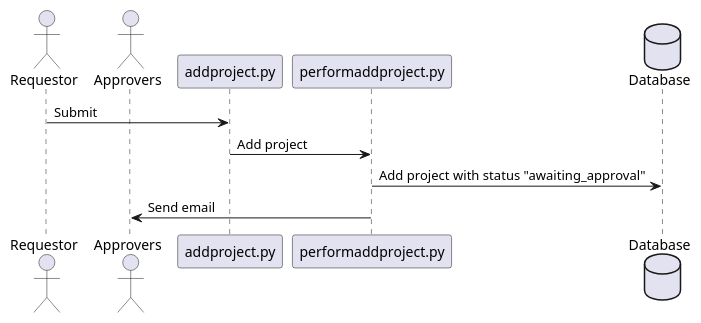
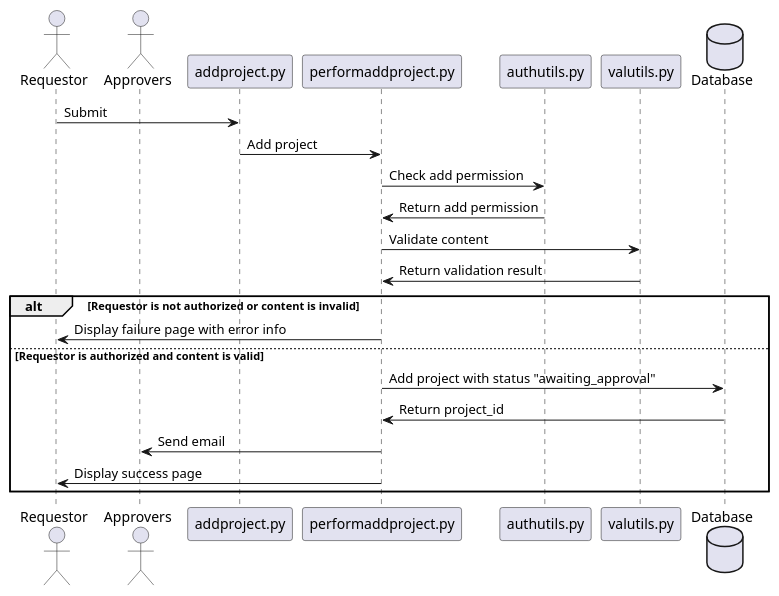
One commit to sipb/project-database changed the diagram in documentation/addproject.puml. Above: the diagram before and after it, drawn with PlantUML. The commit also changed 2 other files, not shown here.

Commit message:
Add more detail to sequence diagrams.

```diff
--- a/documentation/addproject.puml
+++ b/documentation/addproject.puml
@@ -1,12 +1,29 @@
 @startuml
 actor Requestor
 actor Approvers
 participant addproject.py
 participant performaddproject.py
+participant authutils.py
+participant valutils.py
 database Database
 
 Requestor -> addproject.py : Submit
 addproject.py -> performaddproject.py : Add project
-performaddproject.py -> Database : Add project with status "awaiting_approval"
-performaddproject.py -> Approvers : Send email
+performaddproject.py -> authutils.py : Check add permission
+authutils.py -> performaddproject.py : Return add permission
+performaddproject.py -> valutils.py : Validate content
+valutils.py -> performaddproject.py : Return validation result
+
+alt Requestor is not authorized or content is invalid
+
+    performaddproject.py -> Requestor : Display failure page with error info
+
+else Requestor is authorized and content is valid
+
+    performaddproject.py -> Database : Add project with status "awaiting_approval"
+    Database -> performaddproject.py : Return project_id
+    performaddproject.py -> Approvers : Send email
+    performaddproject.py -> Requestor : Display success page
+
+end
 @enduml
```
